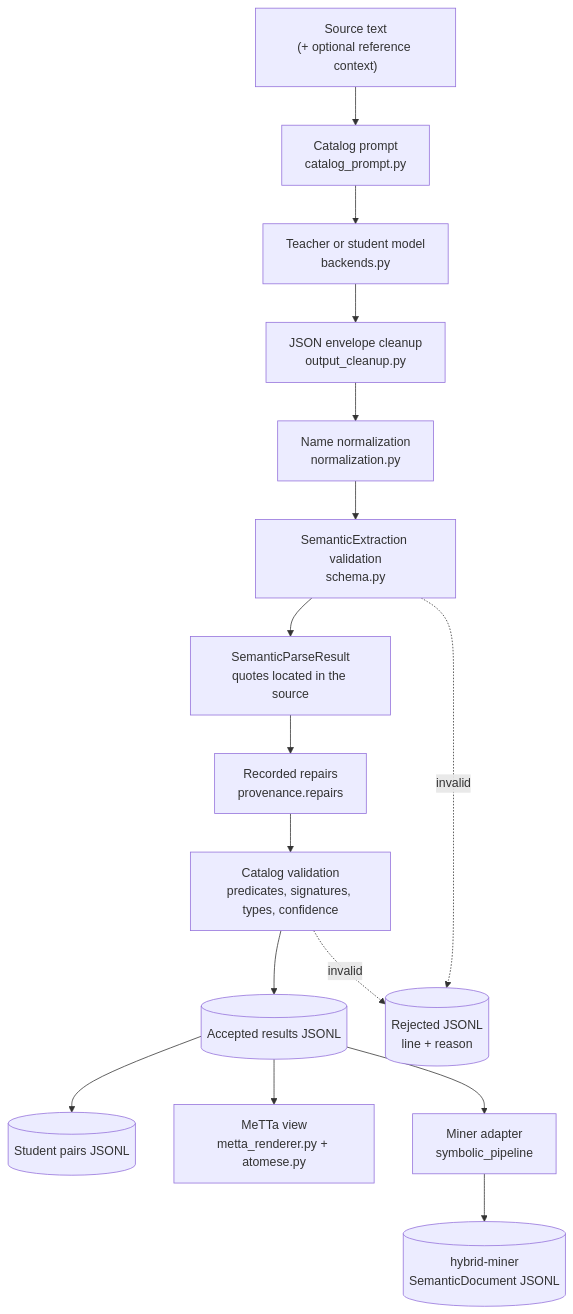
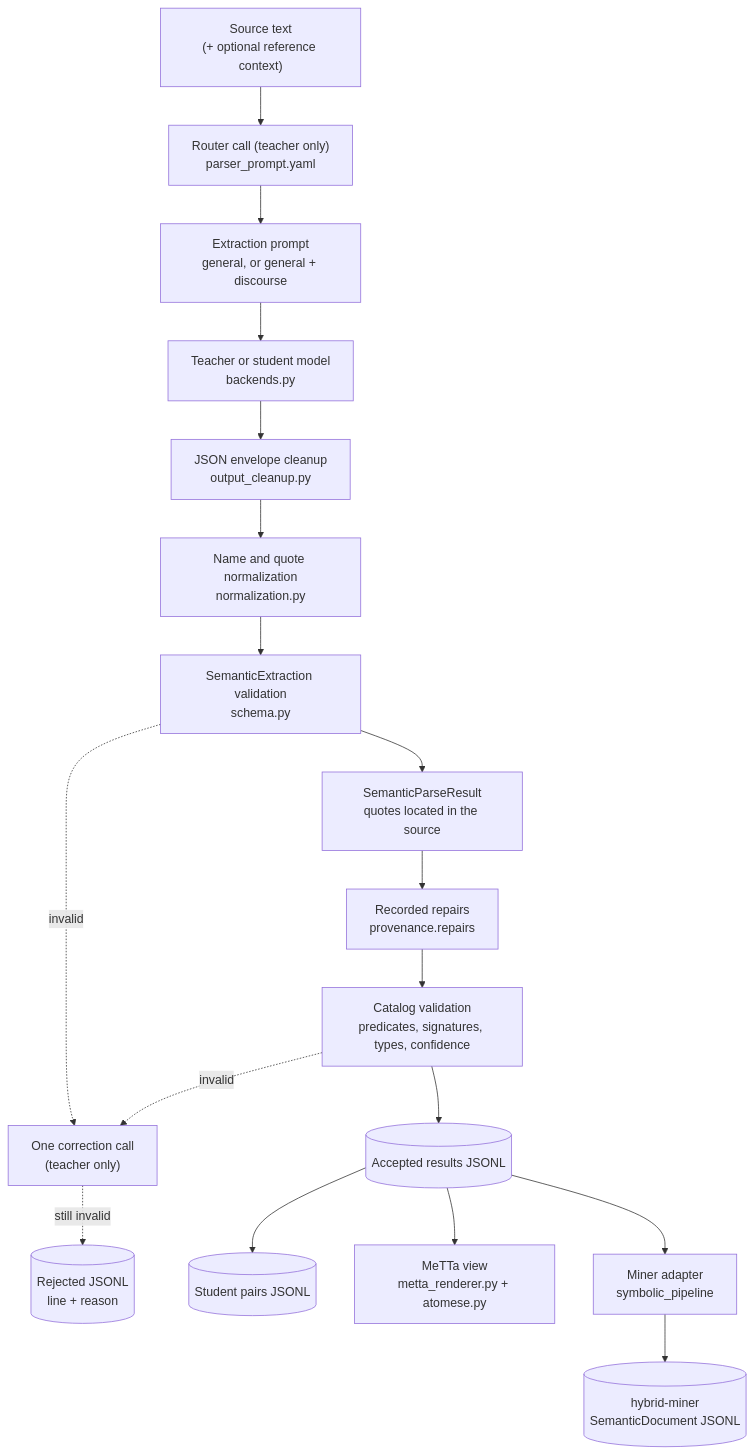
Before and after one commit to iCog-Labs-Dev/Neuro-Symbolic-LLM: the second of 3 diagrams in parser/README.md, drawn with Mermaid. The commit also changed other lines of this file and 1 other file, not shown here.

First line of the commit message:
Rewrite the parser and symbolic pipeline documentation

````diff
--- a/parser/README.md
+++ b/parser/README.md
@@ -58,26 +65,29 @@
 ```mermaid
 flowchart TD
     source["Source text<br/>(+ optional reference context)"]
-    prompt["Catalog prompt<br/>catalog_prompt.py"]
+    router["Router call (teacher only)<br/>parser_prompt.yaml"]
+    prompt["Extraction prompt<br/>general, or general + discourse"]
     model["Teacher or student model<br/>backends.py"]
     clean["JSON envelope cleanup<br/>output_cleanup.py"]
-    normalize["Name normalization<br/>normalization.py"]
+    normalize["Name and quote normalization<br/>normalization.py"]
     extraction["SemanticExtraction validation<br/>schema.py"]
     result["SemanticParseResult<br/>quotes located in the source"]
     repairs["Recorded repairs<br/>provenance.repairs"]
     catalog["Catalog validation<br/>predicates, signatures, types, confidence"]
+    correction["One correction call<br/>(teacher only)"]
     accepted[("Accepted results JSONL")]
     rejected[("Rejected JSONL<br/>line + reason")]
     pairs[("Student pairs JSONL")]
     metta["MeTTa view<br/>metta_renderer.py + atomese.py"]
     adapter["Miner adapter<br/>symbolic_pipeline"]
     miner[("hybrid-miner<br/>SemanticDocument JSONL")]
 
-    source --> prompt --> model --> clean --> normalize --> extraction
+    source --> router --> prompt --> model --> clean --> normalize --> extraction
     extraction --> result --> repairs --> catalog --> accepted
-    extraction -. invalid .-> rejected
-    catalog -. invalid .-> rejected
+    extraction -. invalid .-> correction
+    catalog -. invalid .-> correction
+    correction -. "still invalid" .-> rejected
     accepted --> pairs
     accepted --> metta
     accepted --> adapter --> miner
 ```
````
